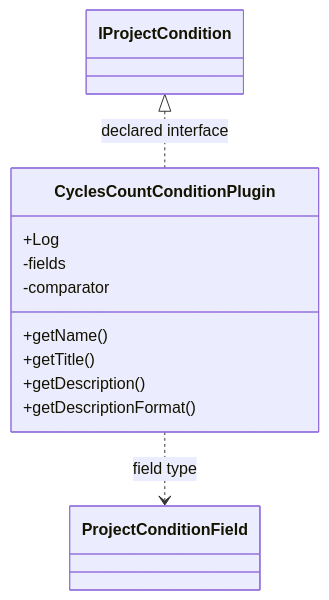
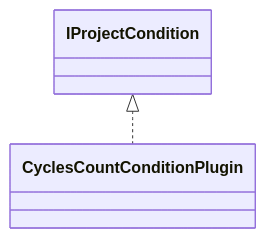
Before and after one commit to haruperi/HaruQuantAI: the diagram in docs/sqx/Shared/ProjectConditionCyclesCount.md, drawn with Mermaid. The commit also changed other lines of this file and 1688 other files, not shown here.

````diff
--- a/docs/sqx/Shared/ProjectConditionCyclesCount.md
+++ b/docs/sqx/Shared/ProjectConditionCyclesCount.md
@@ -30,16 +26,6 @@
 ```mermaid
 classDiagram
-    class Cd56eeee7e16e["CyclesCountConditionPlugin"] {
-        +Log
-        -fields
-        -comparator
-        +getName()
-        +getTitle()
-        +getDescription()
-        +getDescriptionFormat()
-    }
-    class C930244e123f1["IProjectCondition"]
-    class C360519953328["ProjectConditionField"]
-    C930244e123f1 <|.. Cd56eeee7e16e : declared interface
-    Cd56eeee7e16e ..> C360519953328 : field type
+    class C0["CyclesCountConditionPlugin"]
+    class E0["IProjectCondition"]
+    E0 <|.. C0
 ```
````
